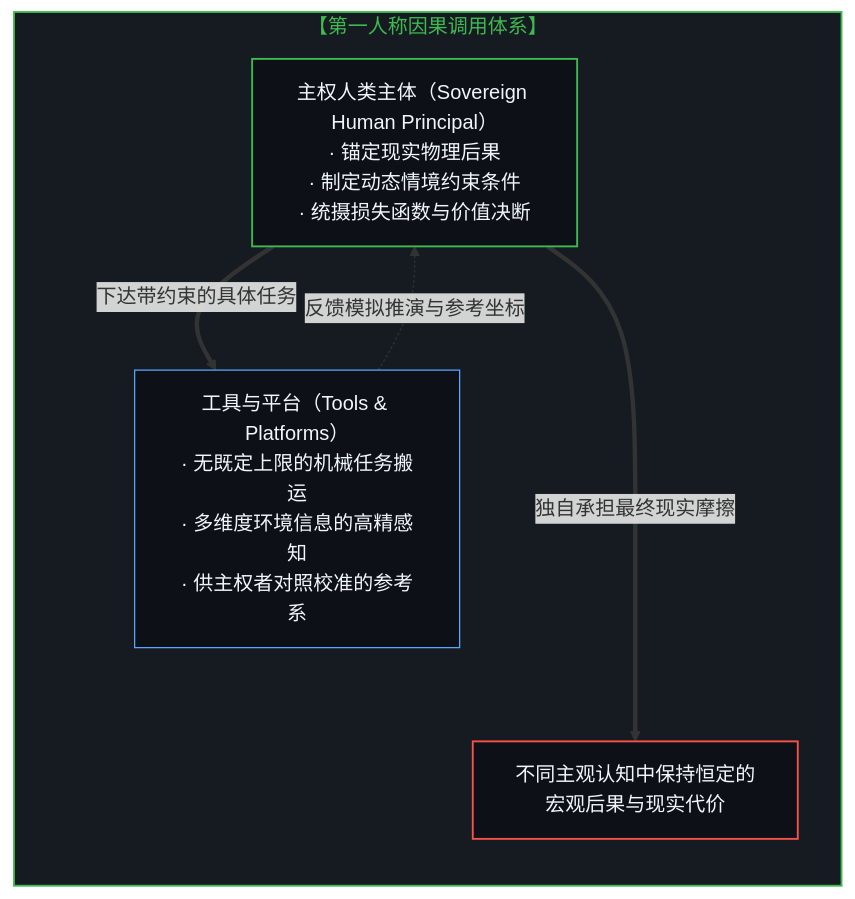
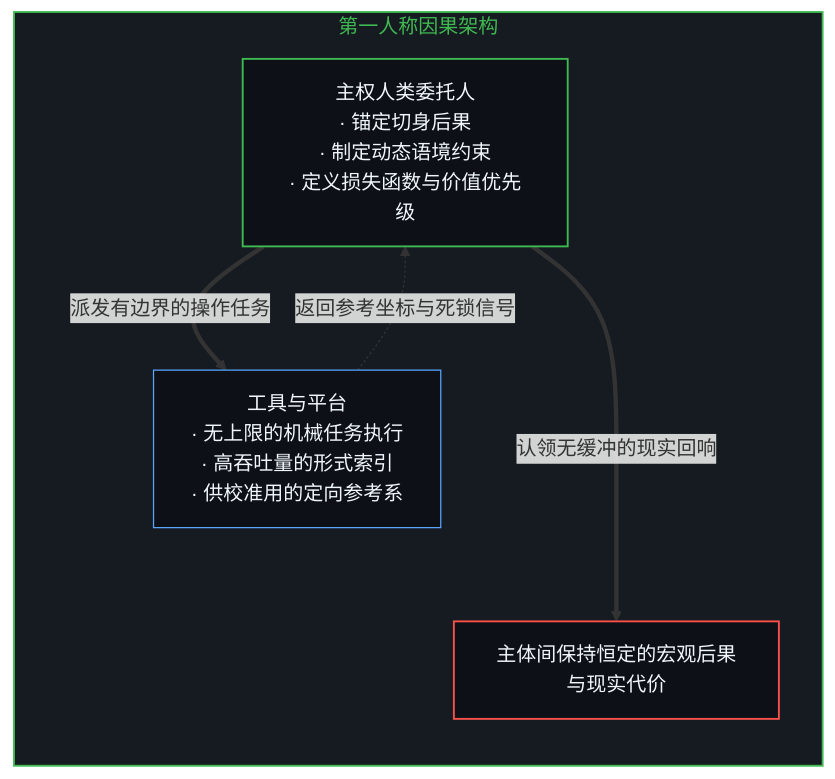
One commit to powerpig99/not-a-toe changed diagram 11 of 12 in content/posts/the-delegation-of-the-task-and-the-inalienability-of-consequences.md. Above: the diagram before and after it, drawn with Mermaid. The commit also changed other lines of this file and 1 other file, not shown here.

Commit message:
Refine L1 #8 (Wave 3): the-delegation-of-the-task-and-the-inalienability-of-consequences

````diff
--- a/content/posts/the-delegation-of-the-task-and-the-inalienability-of-consequences.md
+++ b/content/posts/the-delegation-of-the-task-and-the-inalienability-of-consequences.md
@@ -413,16 +389,16 @@
 ```mermaid
-graph TD
-    subgraph Causal_Hierarchy["【第一人称因果调用体系】"]
+flowchart TD
+    subgraph S_Hierarchy["第一人称因果架构"]
         direction TB
-        H["主权人类主体（Sovereign Human Principal）<br/>· 锚定现实物理后果<br/>· 制定动态情境约束条件<br/>· 统摄损失函数与价值决断"]
-        T["工具与平台（Tools & Platforms）<br/>· 无既定上限的机械任务搬运<br/>· 多维度环境信息的高精感知<br/>· 供主权者对照校准的参考系"]
-        H ==>|"下达带约束的具体任务"| T
-        T -.->|"反馈模拟推演与参考坐标"| H
-        H ===>|"独自承担最终现实摩擦"| R["不同主观认知中保持恒定的宏观后果与现实代价"]
+        H["主权人类委托人<br/>· 锚定切身后果<br/>· 制定动态语境约束<br/>· 定义损失函数与价值优先级"]
+        T["工具与平台<br/>· 无上限的机械任务执行<br/>· 高吞吐量的形式索引<br/>· 供校准用的定向参考系"]
+        H ==>|"派发有边界的操作任务"| T
+        T -.->|"返回参考坐标与死锁信号"| H
+        H ===>|"认领无缓冲的现实回响"| R["主体间保持恒定的宏观后果与现实代价"]
     end
 
-    style Causal_Hierarchy fill:#161b22,stroke:#3fb950,stroke-width:1.5px,color:#3fb950
+    style S_Hierarchy fill:#161b22,stroke:#3fb950,stroke-width:1.5px,color:#3fb950
     style H fill:#0d1117,stroke:#3fb950,stroke-width:1.5px,color:#f0f6fc
     style T fill:#0d1117,stroke:#58a6ff,stroke-width:1px,color:#f0f6fc
     style R fill:#0d1117,stroke:#f85149,stroke-width:1.5px,color:#f0f6fc
 ```
````
